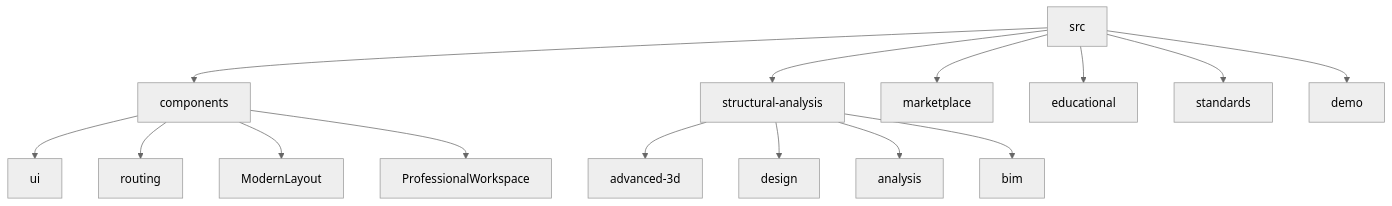
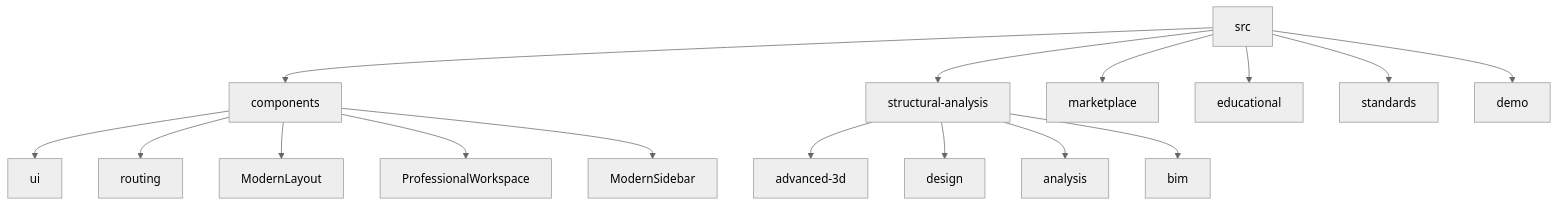
One commit to Latif080790/APP-STRUKTUR-BLACKBOX changed the first of 6 diagrams in .qoder/repowiki/en/content/Core Architecture/Core Architecture.md. Above: the diagram before and after it, drawn with Mermaid (neutral theme). The commit also changed other lines of this file and 26 other files, not shown here.

````diff
--- a/.qoder/repowiki/en/content/Core Architecture/Core Architecture.md
+++ b/.qoder/repowiki/en/content/Core Architecture/Core Architecture.md
@@ -34,17 +43,18 @@
 ```mermaid
 graph TD
 A[src] --> B[components]
 A --> C[structural-analysis]
 A --> D[marketplace]
 A --> E[educational]
 A --> F[standards]
 A --> G[demo]
 B --> H[ui]
 B --> I[routing]
 B --> J[ModernLayout]
 B --> K[ProfessionalWorkspace]
-C --> L[advanced-3d]
-C --> M[design]
-C --> N[analysis]
-C --> O[bim]
+B --> L[ModernSidebar]
+C --> M[advanced-3d]
+C --> N[design]
+C --> O[analysis]
+C --> P[bim]
 ```
````
